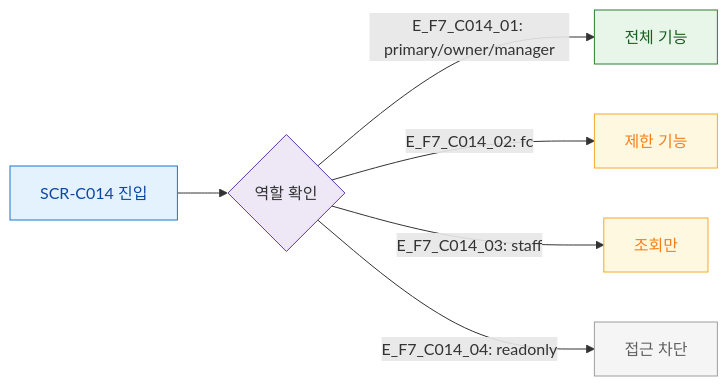
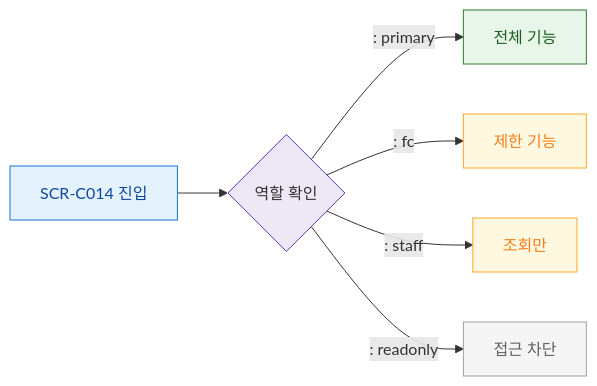
Before and after one commit to dev-spogym/admin-pando: the diagram in docs/다이어그램/D04_수업관리/SCR-C014_출석QR체크인/F7_권한.md, drawn with Mermaid. The commit also changed other lines of this file and 1660 other files, not shown here.

First line of the commit message:
다이어그램: 기획자/클라이언트 납품본으로 정리

````diff
--- a/docs/다이어그램/D04_수업관리/SCR-C014_출석QR체크인/F7_권한.md
+++ b/docs/다이어그램/D04_수업관리/SCR-C014_출석QR체크인/F7_권한.md
@@ -20,18 +18,18 @@
 ```mermaid
 flowchart LR
   Enter[SCR-C014 진입] --> RoleCheck{역할 확인}
-  RoleCheck -->|"E_F7_C014_01: primary/owner/manager"| FullAccess[전체 기능]
-  RoleCheck -->|"E_F7_C014_02: fc"| FCAccess[제한 기능]
-  RoleCheck -->|"E_F7_C014_03: staff"| StaffAccess[조회만]
-  RoleCheck -->|"E_F7_C014_04: readonly"| Blocked[접근 차단]
+  RoleCheck -->|": primary"|FullAccess[전체 기능]
+  RoleCheck -->|": fc"|FCAccess[제한 기능]
+  RoleCheck -->|": staff"|StaffAccess[조회만]
+  RoleCheck -->|": readonly"|Blocked[접근 차단]
   classDef screen fill:#E3F2FD,stroke:#1976D2,color:#0D47A1
   classDef system fill:#EDE7F6,stroke:#5E35B2
   classDef success fill:#E8F5E9,stroke:#2E7D32,color:#1B5E20
   classDef warning fill:#FFF8E1,stroke:#F9A825,color:#F57F17
   classDef rbacBlocked fill:#F5F5F5,stroke:#9E9E9E,color:#616161
   class Enter screen
   class RoleCheck system
   class FullAccess success
   class FCAccess,StaffAccess warning
   class Blocked rbacBlocked
 ```
````
